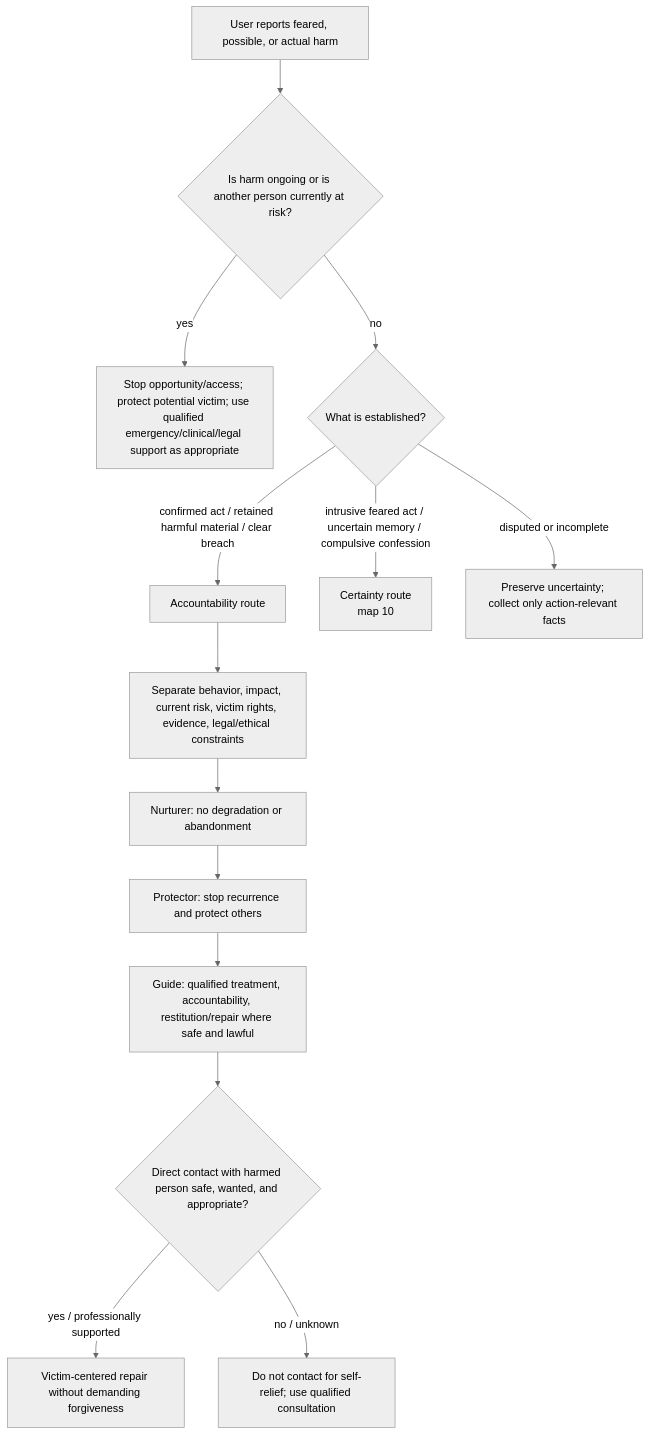
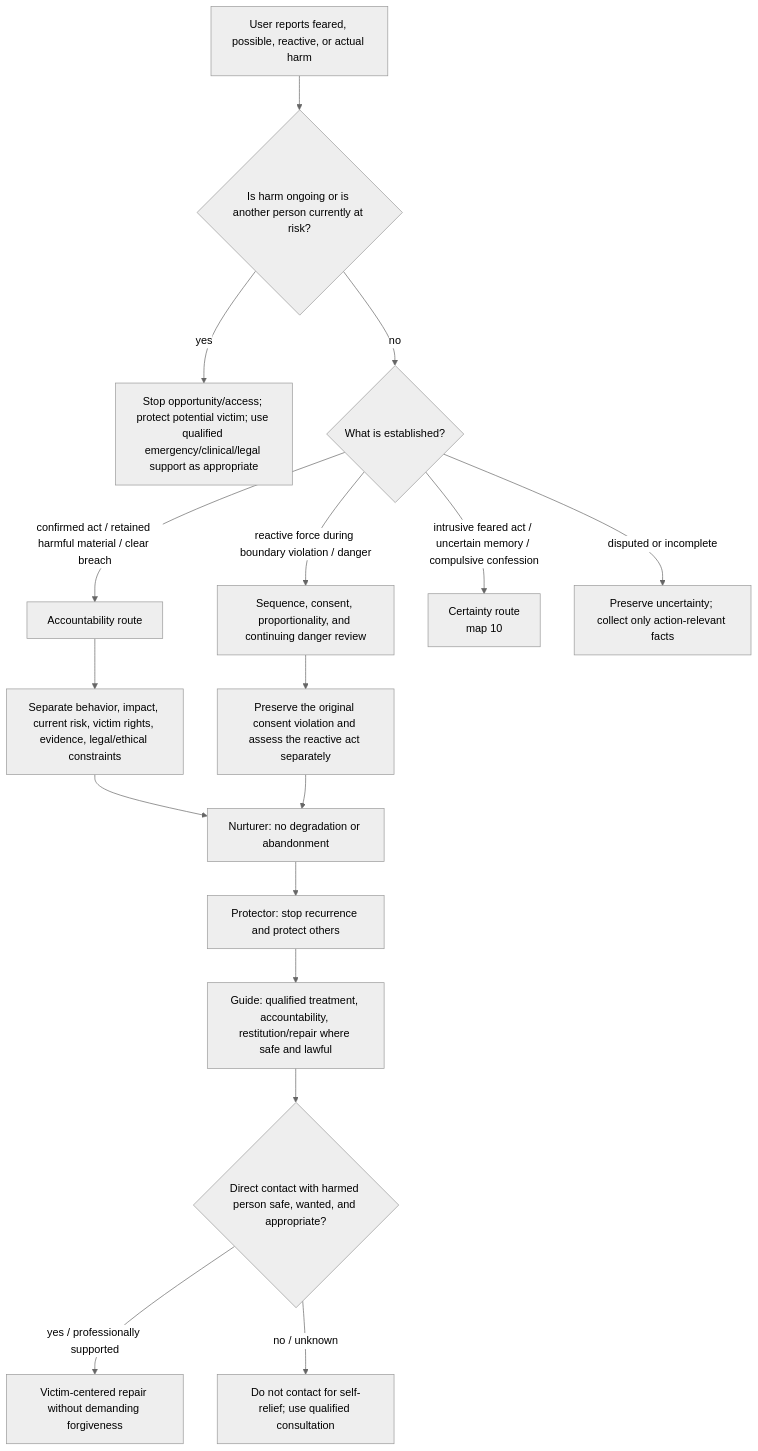
One commit to u-dont-existDOTcom/creativeTailSampling changed the diagram in analysis/inner_child_protocol/maps/11-ACCOUNTABILITY-MORAL-INJURY-AND-HARM.md. Above: the diagram before and after it, drawn with Mermaid (neutral theme). The commit also changed other lines of this file, not shown here.

Commit message:
Add reactive self-protection and consent-context accountability

````diff
--- a/analysis/inner_child_protocol/maps/11-ACCOUNTABILITY-MORAL-INJURY-AND-HARM.md
+++ b/analysis/inner_child_protocol/maps/11-ACCOUNTABILITY-MORAL-INJURY-AND-HARM.md
@@ -5,17 +5,20 @@
 ```mermaid
 flowchart TD
-    A["User reports feared, possible, or actual harm"] --> B{"Is harm ongoing or is another person currently at risk?"}
+    A["User reports feared, possible, reactive, or actual harm"] --> B{"Is harm ongoing or is another person currently at risk?"}
     B -- "yes" --> C["Stop opportunity/access; protect potential victim; use qualified emergency/clinical/legal support as appropriate"]
     B -- "no" --> D{"What is established?"}
     D -- "confirmed act / retained harmful material / clear breach" --> E["Accountability route"]
+    D -- "reactive force during boundary violation / danger" --> E2["Sequence, consent, proportionality, and continuing danger review"]
     D -- "intrusive feared act / uncertain memory / compulsive confession" --> F["Certainty route<br/>map 10"]
     D -- "disputed or incomplete" --> G["Preserve uncertainty; collect only action-relevant facts"]
 
     E --> H["Separate behavior, impact, current risk, victim rights, evidence, legal/ethical constraints"]
+    E2 --> H2["Preserve the original consent violation and assess the reactive act separately"]
     H --> I["Nurturer: no degradation or abandonment"]
+    H2 --> I
     I --> J["Protector: stop recurrence and protect others"]
     J --> K["Guide: qualified treatment, accountability, restitution/repair where safe and lawful"]
     K --> L{"Direct contact with harmed person safe, wanted, and appropriate?"}
     L -- "yes / professionally supported" --> M["Victim-centered repair without demanding forgiveness"]
     L -- "no / unknown" --> N["Do not contact for self-relief; use qualified consultation"]
 ```
````
